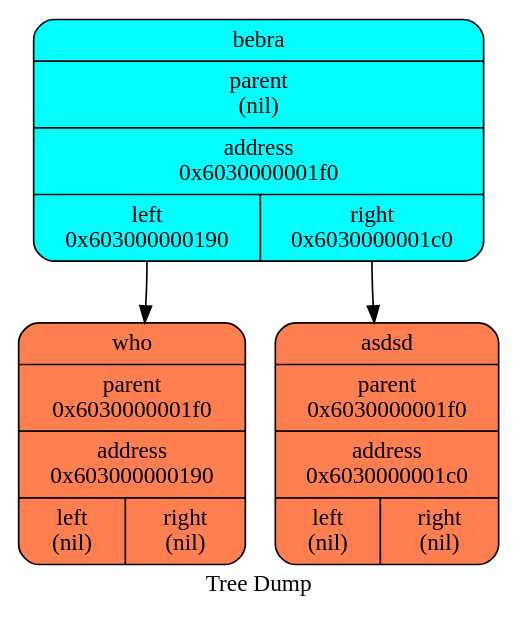
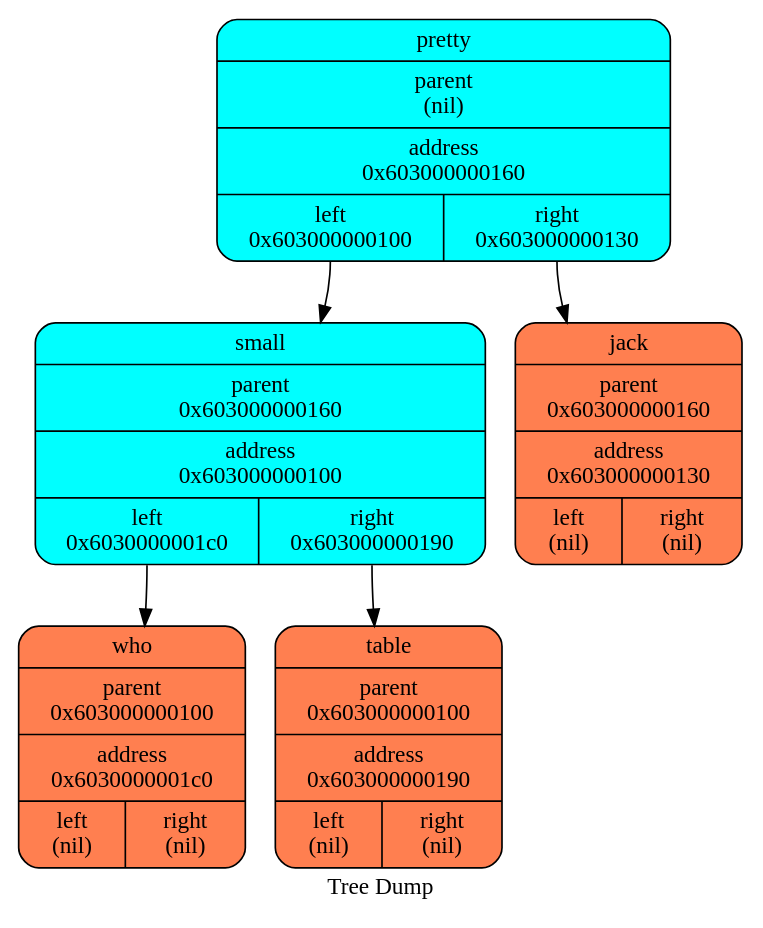
The diagram in log/dot/treegraph_1.dot (aidenfmunro/Akinator), drawn with Graphviz before and after one commit. The commit also changed 9 other files, not shown here.

```diff
--- a/log/dot/treegraph_1.dot
+++ b/log/dot/treegraph_1.dot
@@ -1,11 +1,15 @@
   digraph tree  {
   node[   shape     = "Mrecord",  style     = "filled",  fillcolor = "aqua",  fontcolor = "#000000",  margin    = "0.075"];
   rankdir   = "TB";
 
   label     = "Tree Dump";
- "bebra" [shape = "Mrecord", label = "{<name>bebra | parent\n(nil) | <f0> address\n0x6030000001f0| {<left>left\n0x603000000190 | <right>right\n0x6030000001c0\n}}"];
-  "bebra":left->"who";
- "who" [shape = "Mrecord", fillcolor = "coral", label = "{<name>who | parent\n0x6030000001f0 | <f0> address\n0x603000000190| {<left>left\n(nil) | <right>right\n(nil)\n}}"];
-  "bebra":right->"asdsd";
- "asdsd" [shape = "Mrecord", fillcolor = "coral", label = "{<name>asdsd | parent\n0x6030000001f0 | <f0> address\n0x6030000001c0| {<left>left\n(nil) | <right>right\n(nil)\n}}"];
+ "pretty" [shape = "Mrecord", label = "{<name>pretty | parent\n(nil) | <f0> address\n0x603000000160| {<left>left\n0x603000000100 | <right>right\n0x603000000130\n}}"];
+  "pretty":left->"small";
+ "small" [shape = "Mrecord", label = "{<name>small | parent\n0x603000000160 | <f0> address\n0x603000000100| {<left>left\n0x6030000001c0 | <right>right\n0x603000000190\n}}"];
+  "small":left->"who";
+ "who" [shape = "Mrecord", fillcolor = "coral", label = "{<name>who | parent\n0x603000000100 | <f0> address\n0x6030000001c0| {<left>left\n(nil) | <right>right\n(nil)\n}}"];
+  "small":right->"table";
+ "table" [shape = "Mrecord", fillcolor = "coral", label = "{<name>table | parent\n0x603000000100 | <f0> address\n0x603000000190| {<left>left\n(nil) | <right>right\n(nil)\n}}"];
+  "pretty":right->"jack";
+ "jack" [shape = "Mrecord", fillcolor = "coral", label = "{<name>jack | parent\n0x603000000160 | <f0> address\n0x603000000130| {<left>left\n(nil) | <right>right\n(nil)\n}}"];
   }
```
